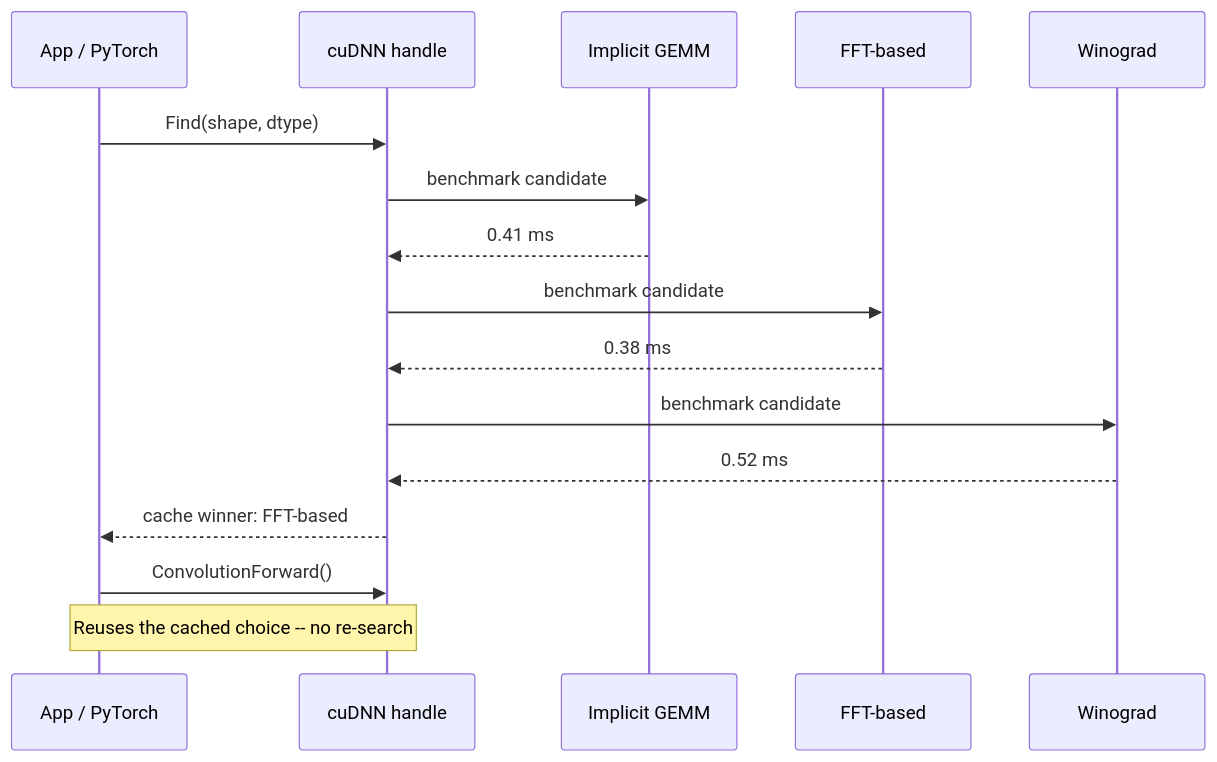
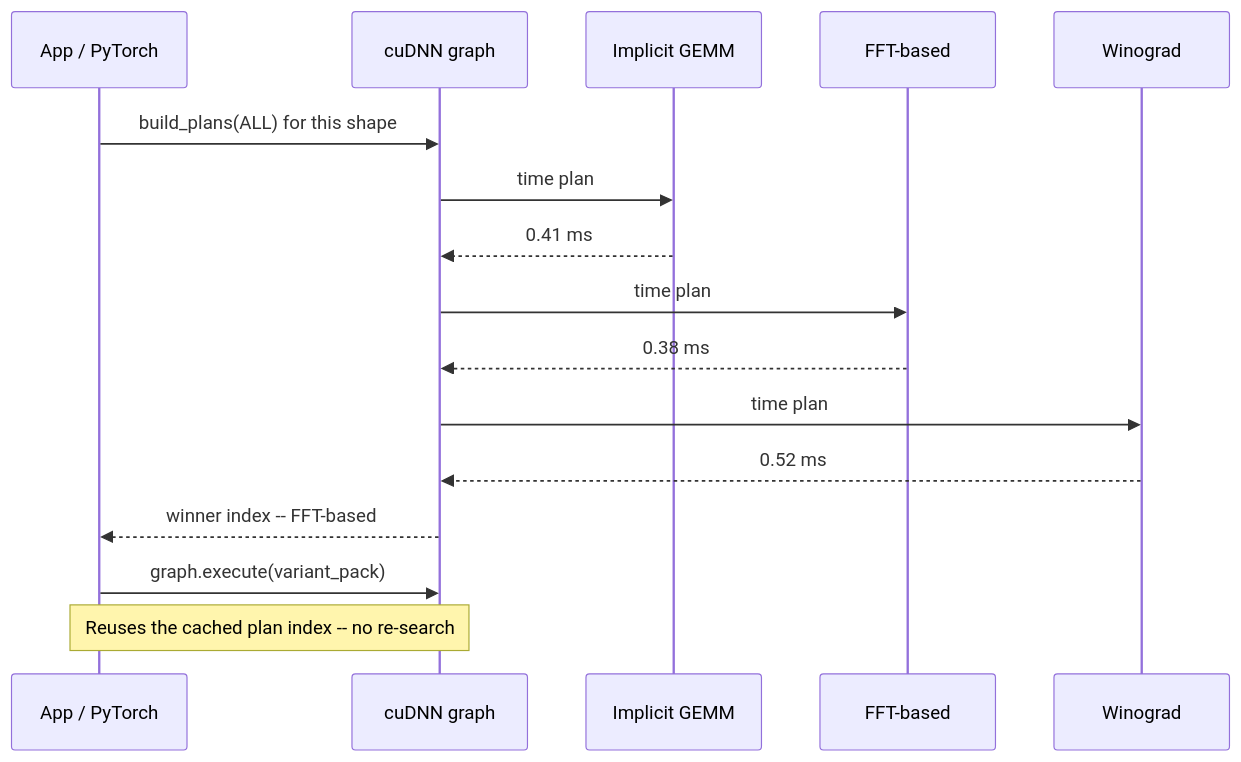
One commit to rppol/system-design changed the third of 7 diagrams in src/main/java/com/rutik/systemdesign/cuda/cuda_math_and_dnn_libraries/cuda_math_and_dnn_libraries.md. Above: the diagram before and after it, drawn with Mermaid. The commit also changed other lines of this file and 4 other files, not shown here.

````diff
--- a/src/main/java/com/rutik/systemdesign/cuda/cuda_math_and_dnn_libraries/cuda_math_and_dnn_libraries.md
+++ b/src/main/java/com/rutik/systemdesign/cuda/cuda_math_and_dnn_libraries/cuda_math_and_dnn_libraries.md
@@ -374,19 +396,19 @@
 ```mermaid
 sequenceDiagram
     participant App as App / PyTorch
-    participant cuDNN as cuDNN handle
+    participant cuDNN as cuDNN graph
     participant Gemm as Implicit GEMM
     participant Fft as FFT-based
     participant Wino as Winograd
 
-    App->>cuDNN: Find(shape, dtype)
-    cuDNN->>Gemm: benchmark candidate
+    App->>cuDNN: build_plans(ALL) for this shape
+    cuDNN->>Gemm: time plan
     Gemm-->>cuDNN: 0.41 ms
-    cuDNN->>Fft: benchmark candidate
+    cuDNN->>Fft: time plan
     Fft-->>cuDNN: 0.38 ms
-    cuDNN->>Wino: benchmark candidate
+    cuDNN->>Wino: time plan
     Wino-->>cuDNN: 0.52 ms
-    cuDNN-->>App: cache winner: FFT-based
-    App->>cuDNN: ConvolutionForward()
-    Note over App,cuDNN: Reuses the cached choice -- no re-search
+    cuDNN-->>App: winner index -- FFT-based
+    App->>cuDNN: graph.execute(variant_pack)
+    Note over App,cuDNN: Reuses the cached plan index -- no re-search
 ```
````
